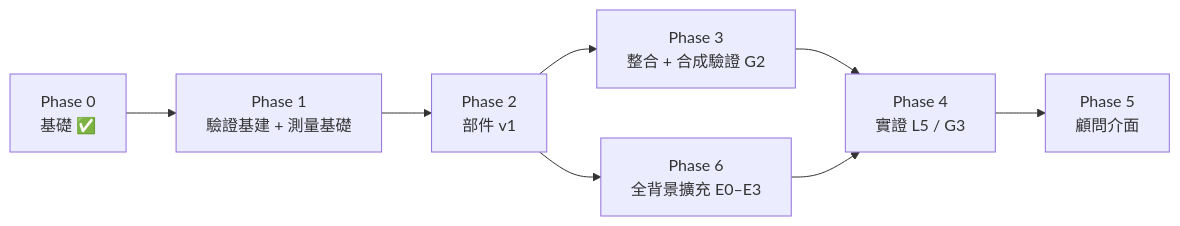
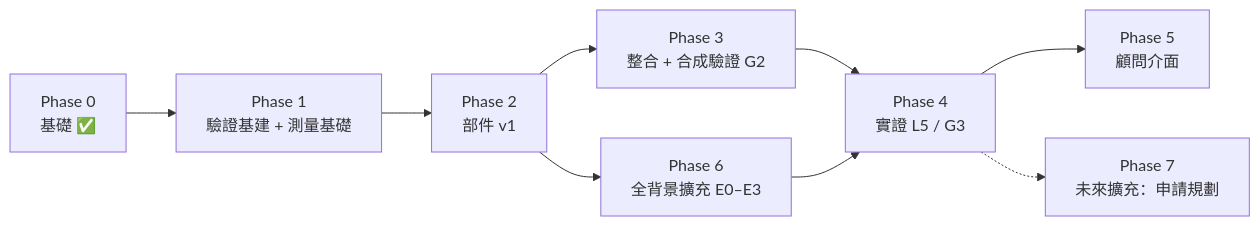
One commit to brianjan98039921106-hue/AI-Studying-Consultant changed the diagram in docs/ROADMAP.md. Above: the diagram before and after it, drawn with Mermaid. The commit also changed other lines of this file and 20 other files, not shown here.

````diff
--- a/docs/ROADMAP.md
+++ b/docs/ROADMAP.md
@@ -18,10 +18,11 @@
 ```mermaid
 flowchart LR
     P0[Phase 0<br/>基礎 ✅] --> P1[Phase 1<br/>驗證基建 + 測量基礎]
     P1 --> P2[Phase 2<br/>部件 v1]
     P2 --> P3[Phase 3<br/>整合 + 合成驗證 G2]
     P3 --> P4[Phase 4<br/>實證 L5 / G3]
     P4 --> P5[Phase 5<br/>顧問介面]
     P2 --> P6[Phase 6<br/>全背景擴充 E0–E3]
     P6 --> P4
+    P4 -.-> P7[Phase 7<br/>未來擴充：申請規劃]
 ```
````
